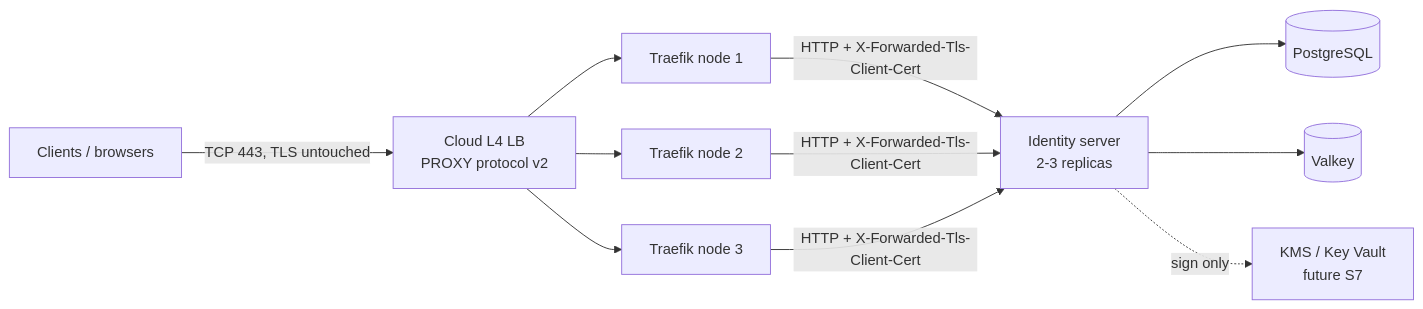
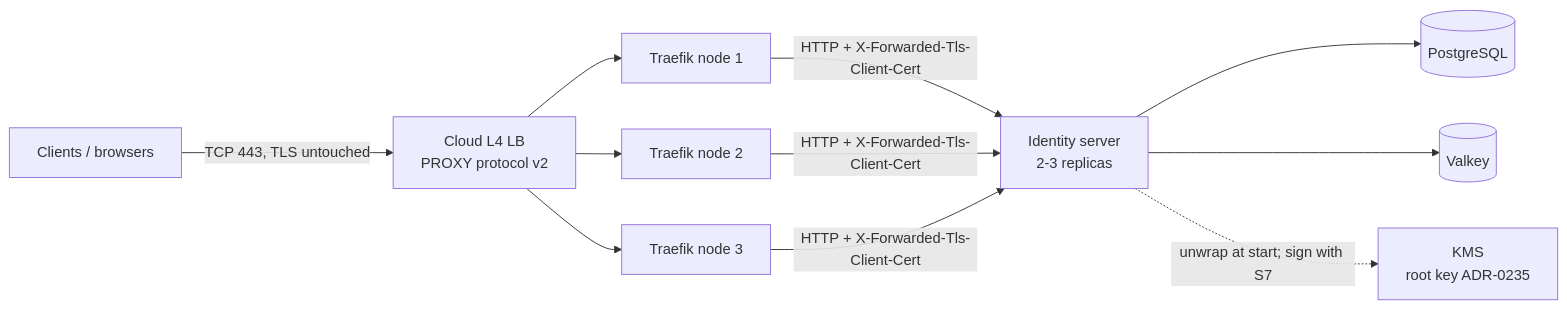
Before and after one commit to NCodeGroup/Identity: the diagram in docs/hosting-analysis.md, drawn with Mermaid. The commit also changed other lines of this file and 188 other files, not shown here.

````diff
--- a/docs/hosting-analysis.md
+++ b/docs/hosting-analysis.md
@@ -139,11 +140,11 @@
 ```mermaid
 flowchart LR
     C[Clients / browsers] -->|TCP 443, TLS untouched| LB[Cloud L4 LB<br/>PROXY protocol v2]
     LB --> T1[Traefik node 1]
     LB --> T2[Traefik node 2]
     LB --> T3[Traefik node 3]
     T1 & T2 & T3 -->|HTTP + X-Forwarded-Tls-Client-Cert| API[Identity server<br/>2-3 replicas]
     API --> PG[(PostgreSQL)]
     API --> VK[(Valkey)]
-    API -.->|sign only| KMS[KMS / Key Vault<br/>future S7]
+    API -.->|unwrap at start; sign with S7| KMS[KMS<br/>root key ADR-0235]
 ```
````
